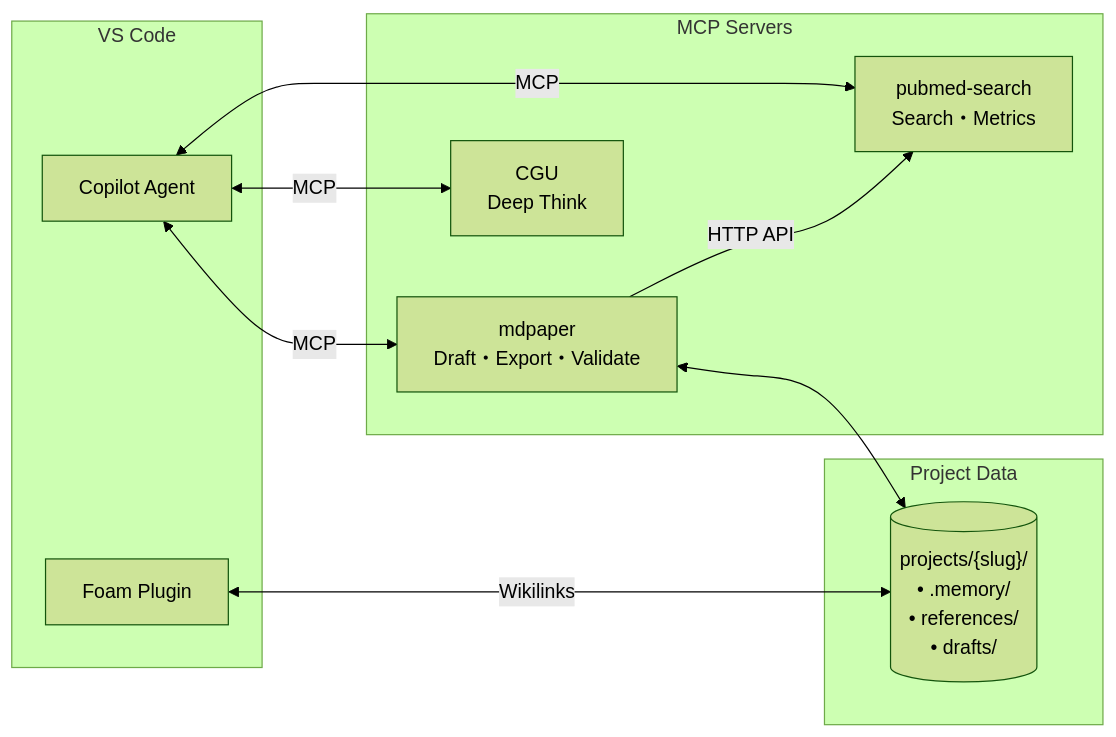
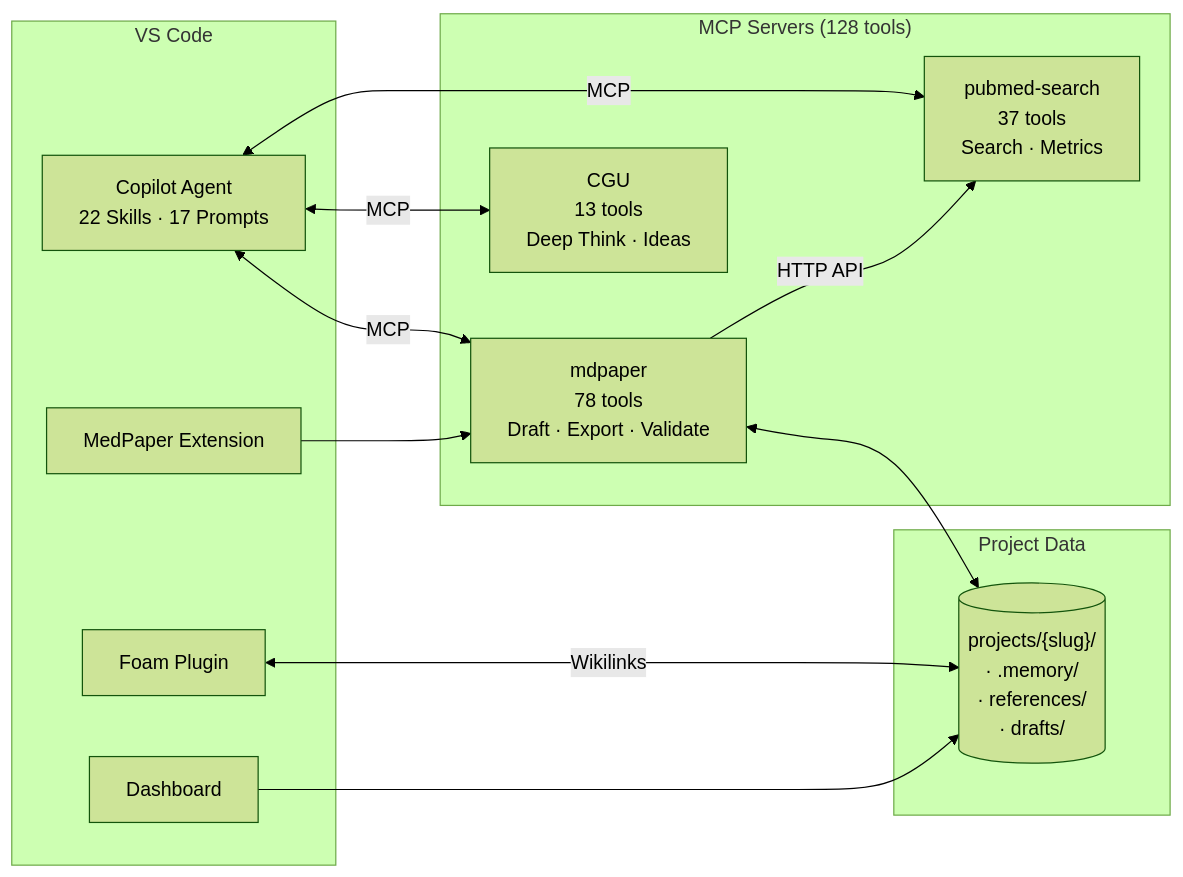
One commit to u9401066/med-paper-assistant changed the diagram in README.md. Above: the diagram before and after it, drawn with Mermaid (forest theme). The commit also changed other lines of this file and 1 other file, not shown here.

````diff
--- a/README.md
+++ b/README.md
@@ -65,24 +46,28 @@
 ```mermaid
 flowchart LR
     subgraph IDE["VS Code"]
-        Agent[Copilot Agent]
+        Agent["Copilot Agent<br/>22 Skills · 17 Prompts"]
         Foam[Foam Plugin]
+        Ext[MedPaper Extension]
+        Dash[Dashboard]
     end
 
-    subgraph MCP["MCP Servers"]
-        mdpaper[mdpaper<br/>Draft・Export・Validate]
-        pubmed[pubmed-search<br/>Search・Metrics]
-        cgu[CGU<br/>Deep Think]
+    subgraph MCP["MCP Servers (128 tools)"]
+        mdpaper["mdpaper<br/>78 tools<br/>Draft · Export · Validate"]
+        pubmed["pubmed-search<br/>37 tools<br/>Search · Metrics"]
+        cgu["CGU<br/>13 tools<br/>Deep Think · Ideas"]
     end
 
     subgraph Data["Project Data"]
-        proj[("projects/{slug}/<br/>• .memory/<br/>• references/<br/>• drafts/")]
+        proj[("projects/{slug}/<br/>· .memory/<br/>· references/<br/>· drafts/")]
     end
 
     Agent <-->|MCP| mdpaper
     Agent <-->|MCP| pubmed
     Agent <-->|MCP| cgu
     mdpaper -->|HTTP API| pubmed
     Foam <-->|Wikilinks| proj
     mdpaper <--> proj
+    Ext --> mdpaper
+    Dash --> proj
 ```
````
